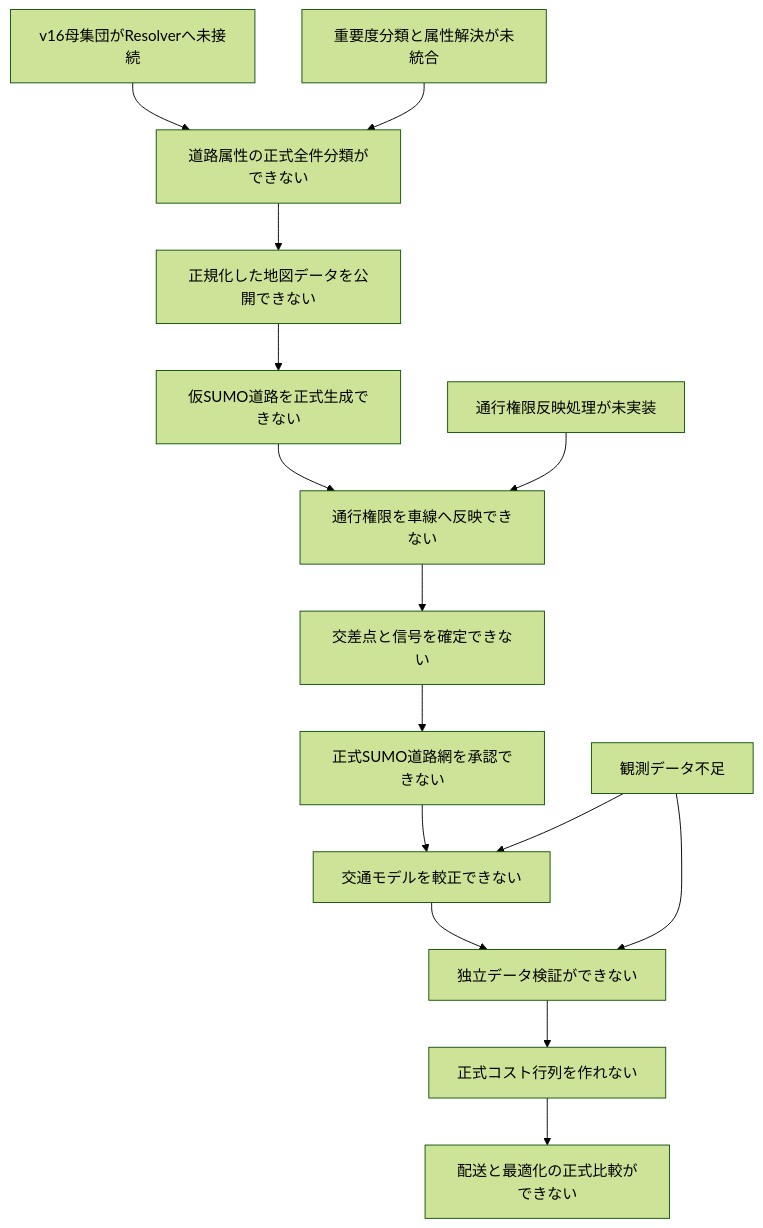
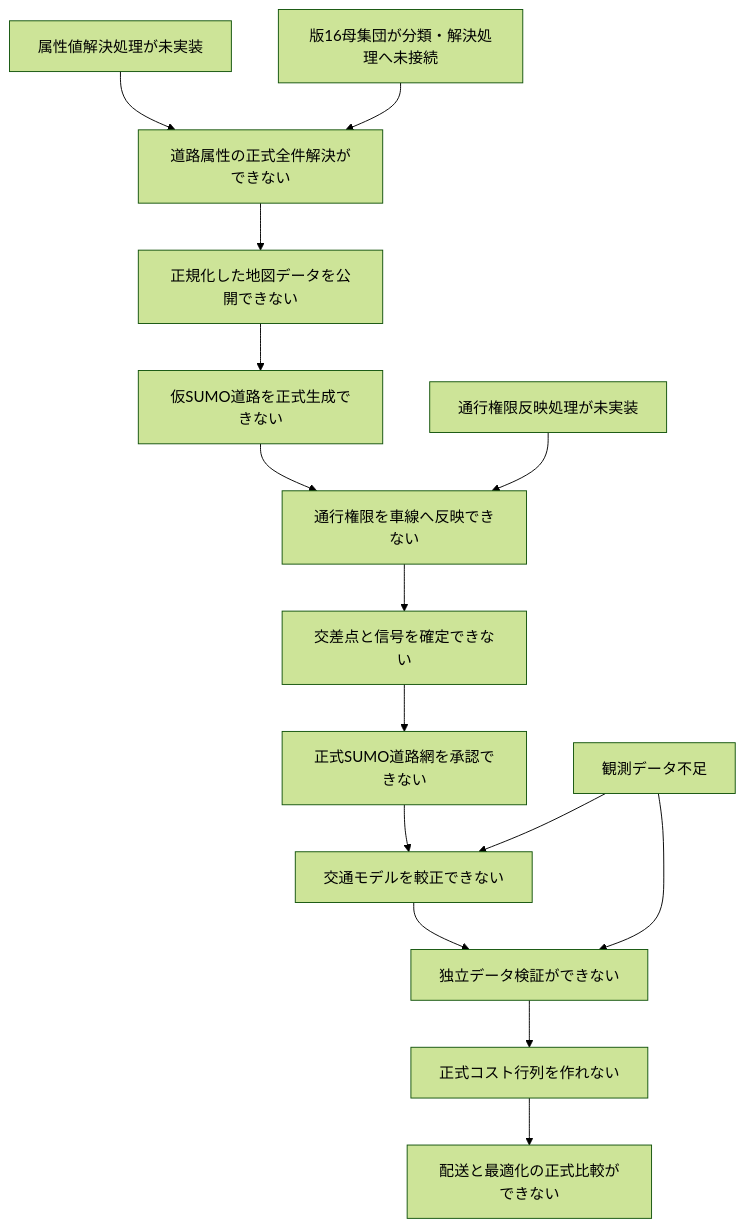
Before and after one commit to tkm-sano/kmd-analysis: the diagram in 05_src/traffic_simulation/current_issues_and_blockers.md, drawn with Mermaid (forest theme). The commit also changed other lines of this file and 17 other files, not shown here.

````diff
--- a/05_src/traffic_simulation/current_issues_and_blockers.md
+++ b/05_src/traffic_simulation/current_issues_and_blockers.md
@@ -95,18 +95,18 @@
 ```mermaid
 graph TD
-    A[v16母集団がResolverへ未接続] --> B[道路属性の正式全件分類ができない]
+    A[属性値解決処理が未実装] --> B[道路属性の正式全件解決ができない]
+    V[版16母集団が分類・解決処理へ未接続] --> B
     B --> C[正規化した地図データを公開できない]
     C --> D[仮SUMO道路を正式生成できない]
     D --> E[通行権限を車線へ反映できない]
     E --> F[交差点と信号を確定できない]
     F --> G[正式SUMO道路網を承認できない]
     G --> H[交通モデルを較正できない]
     H --> I[独立データ検証ができない]
     I --> J[正式コスト行列を作れない]
     J --> K[配送と最適化の正式比較ができない]
 
     L[観測データ不足] --> H
     L --> I
-    M[重要度分類と属性解決が未統合] --> B
     N[通行権限反映処理が未実装] --> E
 ```
````
